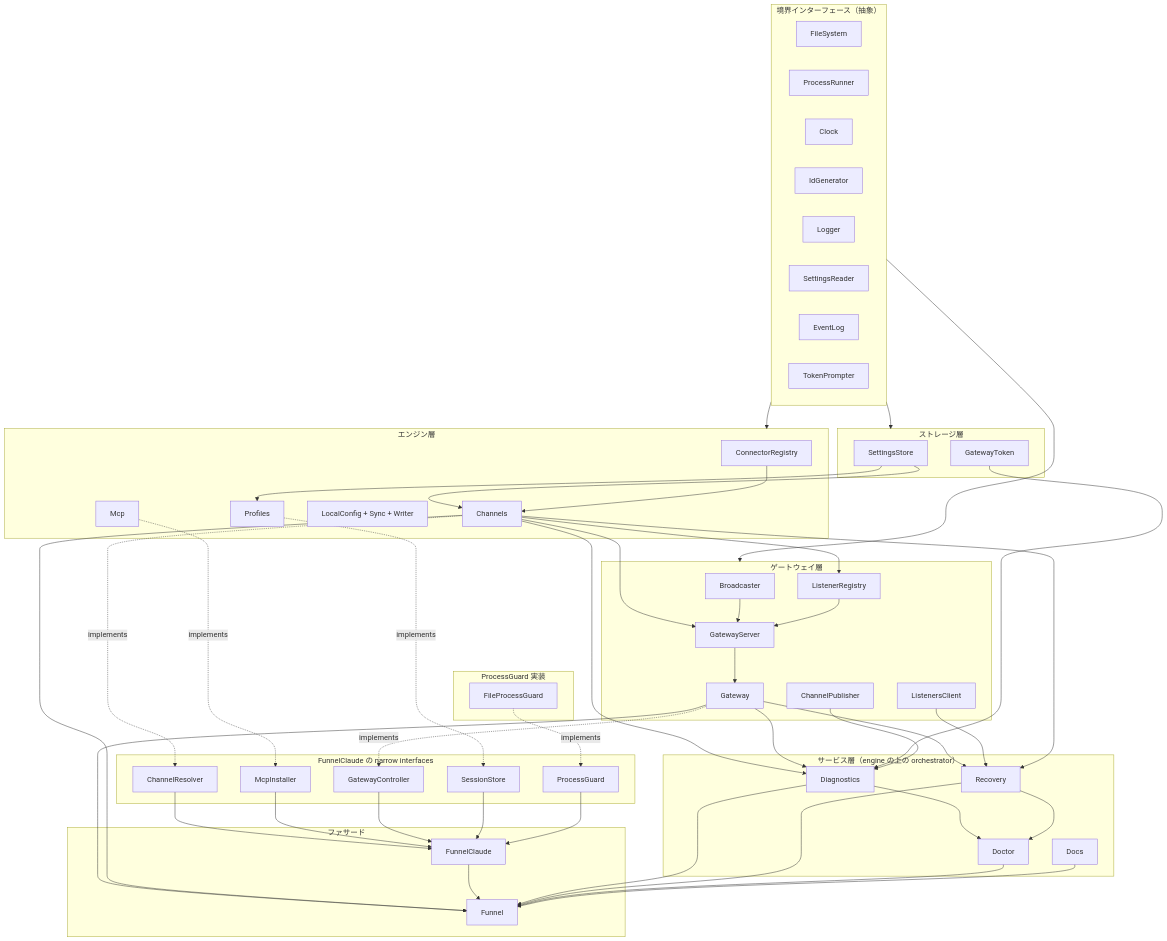
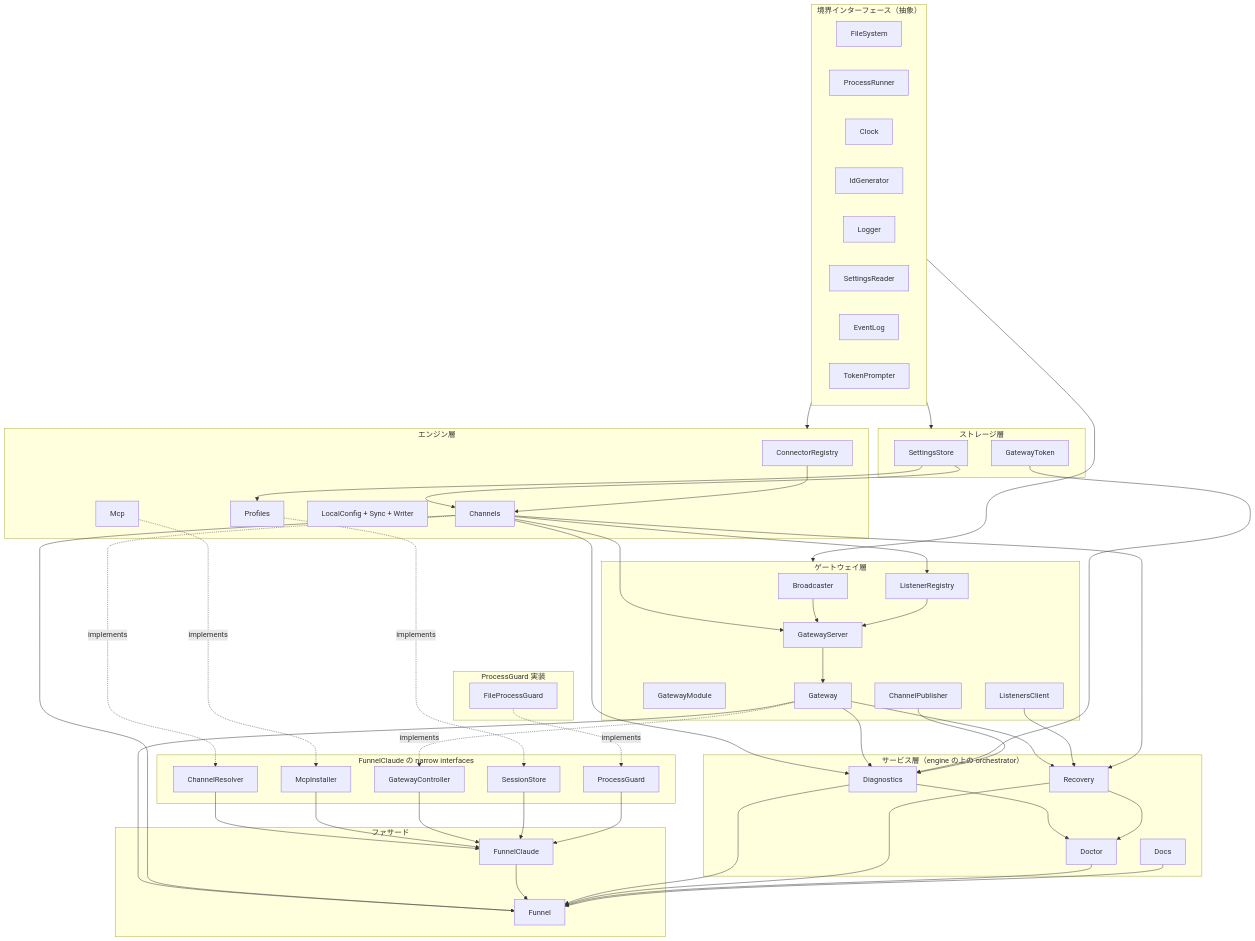
The diagram in CLAUDE.md (interactive-inc/open-claude-funnel), drawn with Mermaid before and after one commit. The commit also changed other lines of this file and 6 other files, not shown here.

First line of the commit message:
refactor(gateway): extract a mountable FunnelGatewayModule (#28)

```diff
--- a/CLAUDE.md
+++ b/CLAUDE.md
@@ -159,6 +188,7 @@
   subgraph gateway["ゲートウェイ層"]
     BC[Broadcaster]
     LS[ListenerRegistry]
+    GM[GatewayModule]
     GS[GatewayServer]
     GW[Gateway]
     CP[ChannelPublisher]
```
